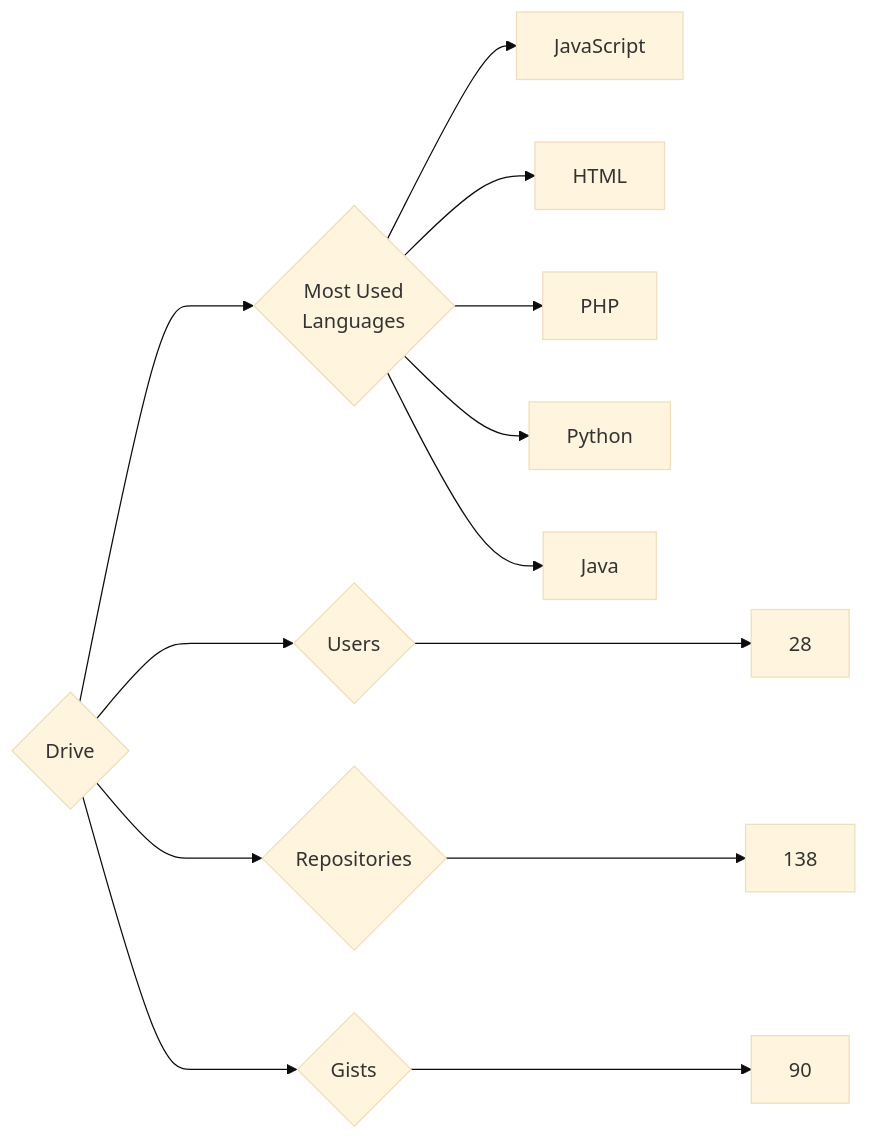
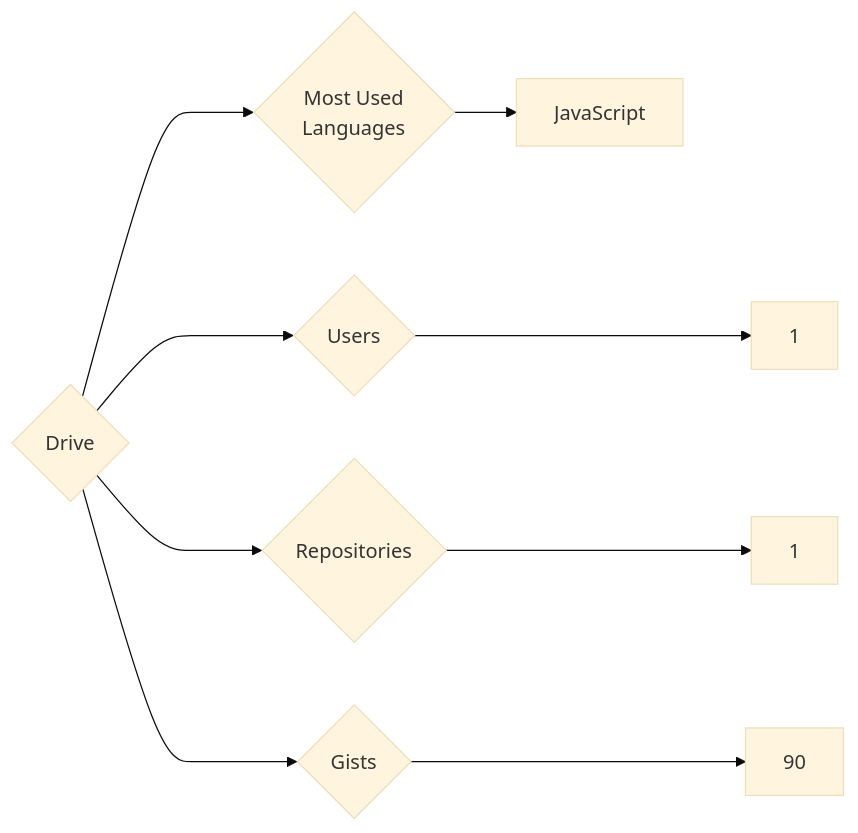
One commit to trickest/insiders changed the diagram in targets/Drive/README.md. Above: the diagram before and after it, drawn with Mermaid (base theme). The commit also changed 895 other files, not shown here.

````diff
--- a/targets/Drive/README.md
+++ b/targets/Drive/README.md
@@ -3,13 +3,9 @@
 ```mermaid
 graph LR
 COMPANY_NAME{Drive}
-COMPANY_NAME ---> U{Users} ---> UN[28]
-COMPANY_NAME ---> R{Repositories} ---> RN[138]
+COMPANY_NAME ---> U{Users} ---> UN[1]
+COMPANY_NAME ---> R{Repositories} ---> RN[1]
 COMPANY_NAME ---> G{Gists} ---> GN[90]
 COMPANY_NAME ---> ML{Most Used<br>Languages}
 ML --> JavaScript[JavaScript]
-ML --> HTML[HTML]
-ML --> PHP[PHP]
-ML --> Python[Python]
-ML --> Java[Java]
 ```
````
